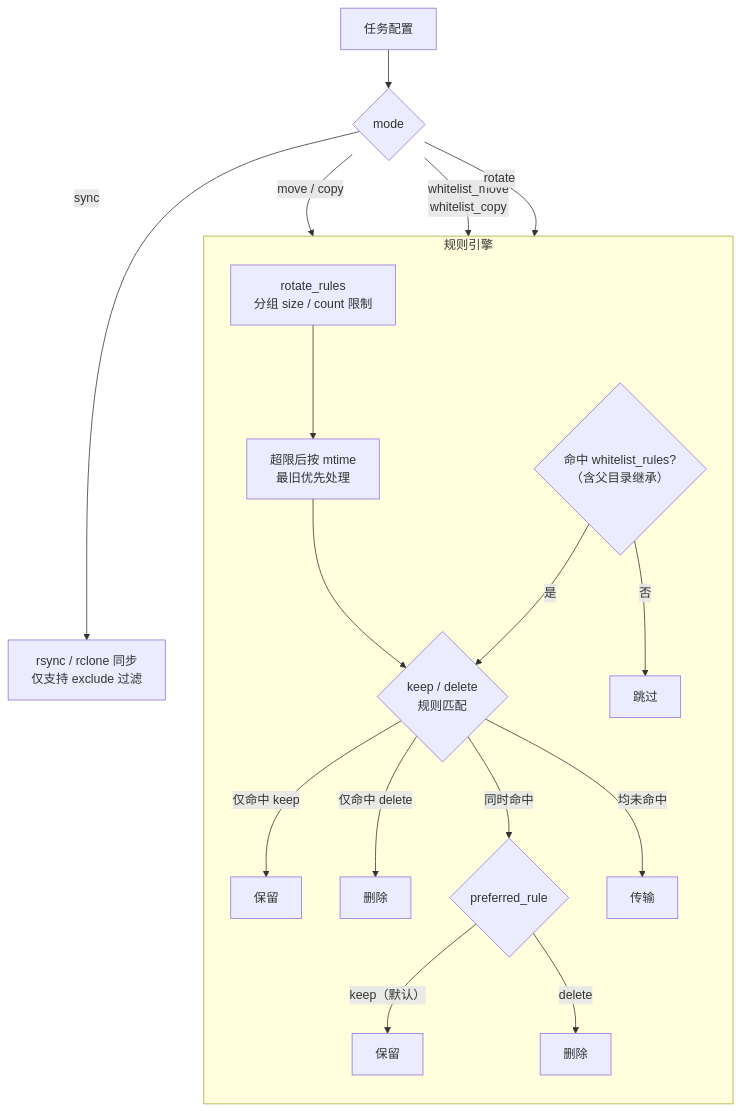
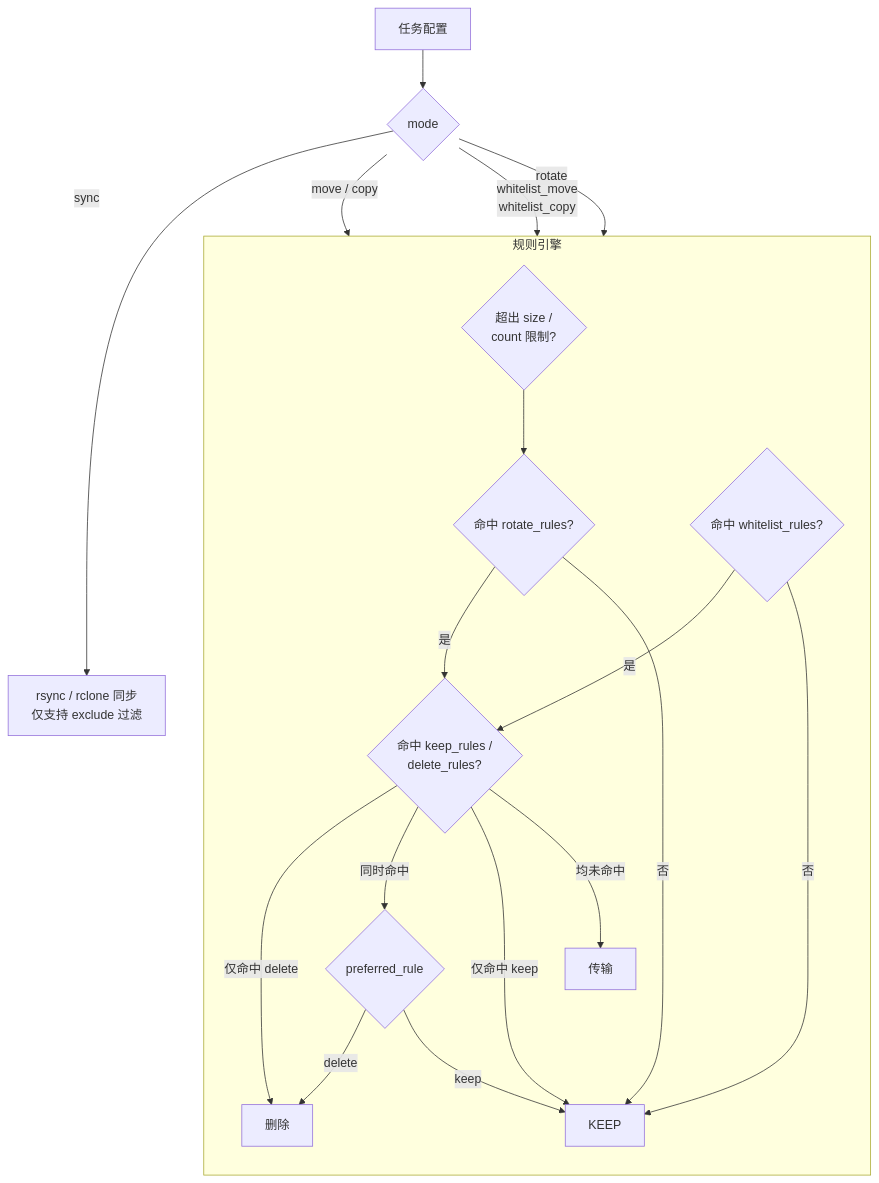
One commit to HexStan/SmartArchiver changed the diagram in README.md. Above: the diagram before and after it, drawn with Mermaid.

Commit message:
docs(README): 更新 rotate 模式的流程图
重新设计 rotate 模式的流程图，使其更清晰。

````diff
--- a/README.md
+++ b/README.md
@@ -267,27 +267,28 @@
 ```mermaid
 flowchart TD
     TASK["任务配置"] --> MODE{"mode"}
 
     MODE -->|"move / copy"| EVAL
     MODE -->|"whitelist_move<br>whitelist_copy"| WHITELIST
-    MODE -->|"rotate"| ROTATE_RULES
+    MODE -->|"rotate"| EXCEED
     MODE -->|"sync"| SYNC["rsync / rclone 同步<br>仅支持 exclude 过滤"]
 
     subgraph ENGINE["规则引擎"]
         direction TB
 
-        ROTATE_RULES["rotate_rules<br>分组 size / count 限制"] --> OLDEST["超限后按 mtime<br>最旧优先处理"]
-        OLDEST --> EVAL
+        EXCEED{"超出 size /<br>count 限制?"} -->ROTATE_MATCH{"命中 rotate_rules?"}
+        ROTATE_MATCH -->|"是"| EVAL
+        ROTATE_MATCH -->|"否"| KEEP
 
-        WHITELIST{"命中 whitelist_rules?<br>（含父目录继承）"} -->|"是"| EVAL
-        WHITELIST -->|"否"| SKIP1["跳过"]
+        WHITELIST{"命中 whitelist_rules?"} -->|"是"| EVAL
+        WHITELIST -->|"否"| KEEP
 
-        EVAL{"keep / delete<br>规则匹配"} -->|"仅命中 keep"| SKIP2["保留"]
-        EVAL -->|"仅命中 delete"| DEL1["删除"]
+        EVAL{"命中 keep_rules /<br>delete_rules?"} -->|"仅命中 delete"| DELETE["删除"]
         EVAL -->|"同时命中"| PREFERRED{"preferred_rule"}
+        EVAL -->|"仅命中 keep"| KEEP
         EVAL -->|"均未命中"| TRANSFER["传输"]
 
-        PREFERRED -->|"keep（默认）"| SKIP3["保留"]
-        PREFERRED -->|"delete"| DEL2["删除"]
+        PREFERRED -->|"delete"| DELETE
+        PREFERRED -->|"keep"| KEEP
     end
 ```
````
